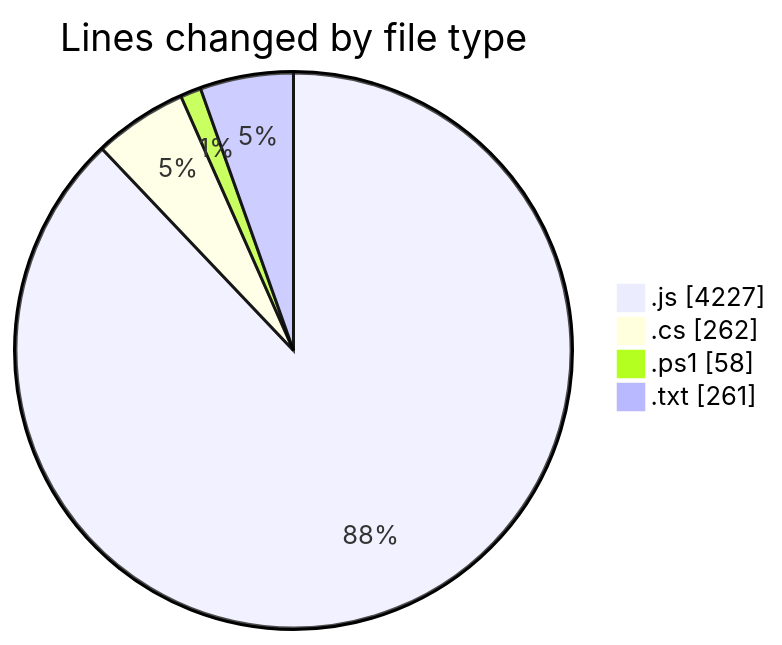
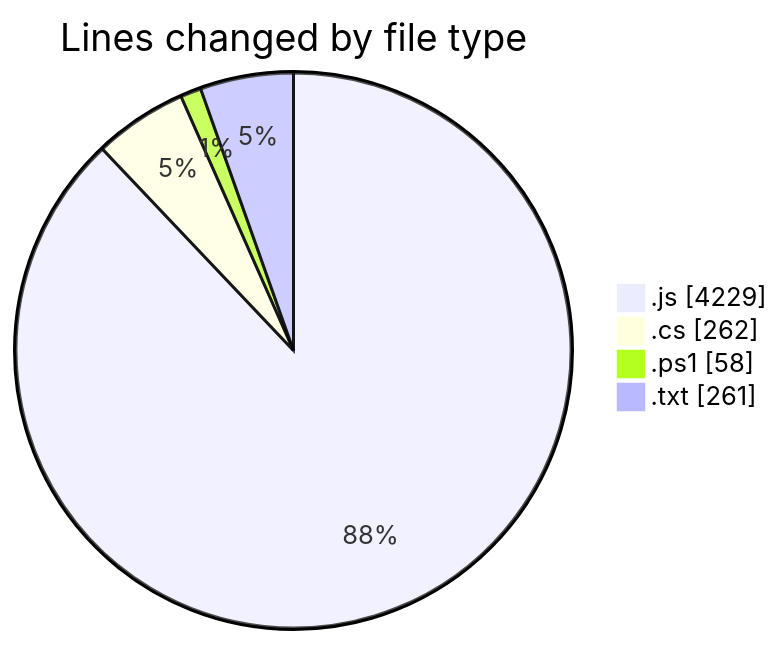
Before and after one commit to becaeroporto-bot/code-tracking: the first of 2 diagrams in 2026-02-17/bot_v1_2/README.md, drawn with Mermaid. The commit also changed other lines of this file and 1 other file, not shown here.

````diff
--- a/2026-02-17/bot_v1_2/README.md
+++ b/2026-02-17/bot_v1_2/README.md
@@ -29,8 +29,8 @@
 ```mermaid
 pie showData
 title Lines changed by file type
-".js" : 4227
+".js" : 4229
 ".cs" : 262
 ".ps1" : 58
 ".txt" : 261
 ```
````
